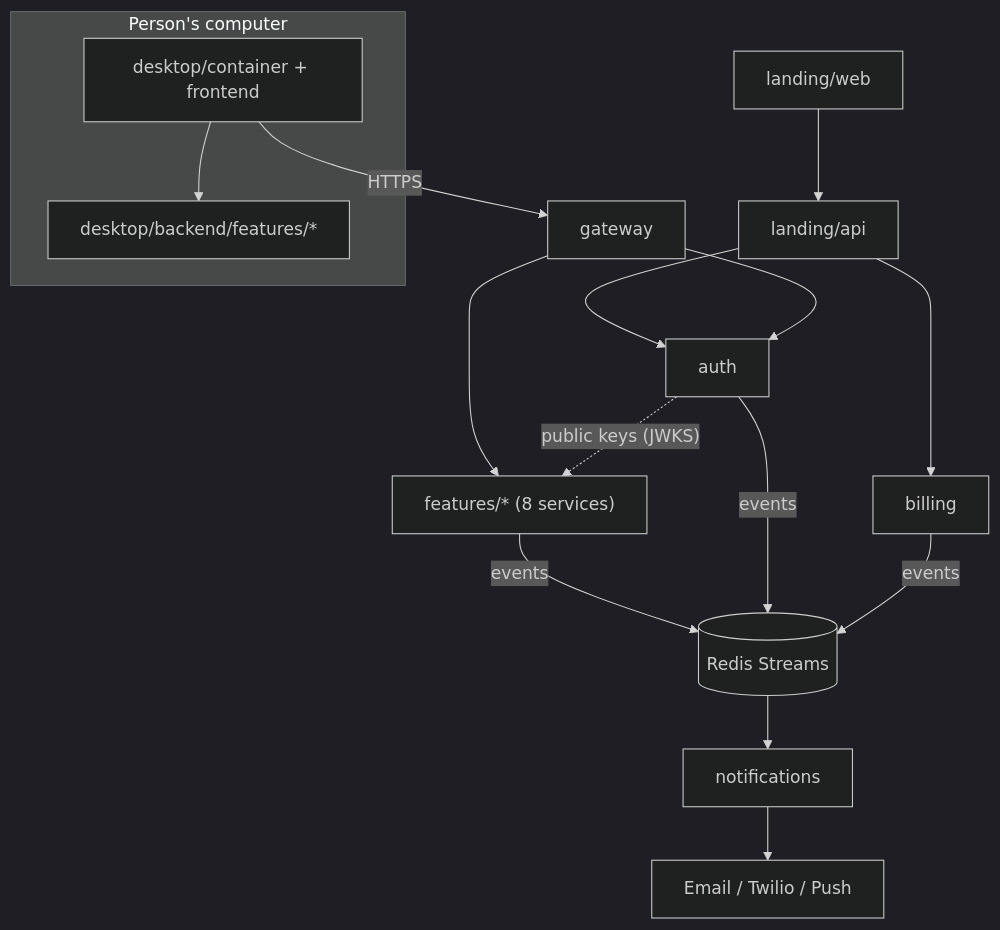
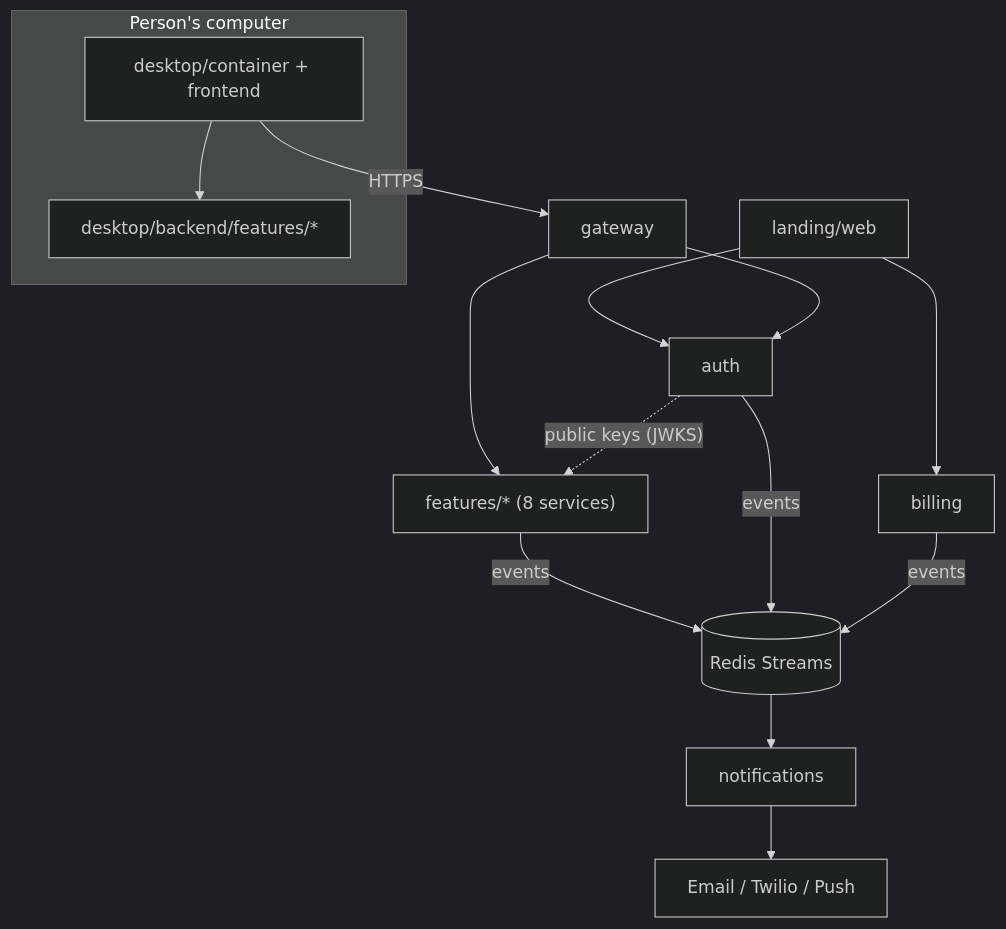
Before and after one commit to Mohammed-HeshamMohammed/Turf: the diagram in Caller Whale CRM/docs/plans/service-architecture.md, drawn with Mermaid (dark theme). The commit also changed other lines of this file and 55 other files, not shown here.

First line of the commit message:
Retire the landing API: waitlist in the core API, contact emailed through notifications

````diff
--- a/Caller Whale CRM/docs/plans/service-architecture.md
+++ b/Caller Whale CRM/docs/plans/service-architecture.md
@@ -79,20 +79,19 @@
 ```mermaid
 flowchart TB
     subgraph PC["Person's computer"]
         App["desktop/container + frontend"]
         LB["desktop/backend/features/*"]
         App --> LB
     end
-    Web["landing/web"] --> LAPI["landing/api"]
-    LAPI --> Auth
-    LAPI --> Bill["billing"]
+    Web["landing/web"] --> Auth
+    Web --> Bill["billing"]
     App -- HTTPS --> GW["gateway"]
     GW --> Auth["auth"]
     GW --> F["features/* (8 services)"]
     F -- events --> Bus[("Redis Streams")]
     Auth -- events --> Bus
     Bill -- events --> Bus
     Bus --> N["notifications"]
     N --> Ext["Email / Twilio / Push"]
     Auth -. "public keys (JWKS)" .-> F
 ```
````
